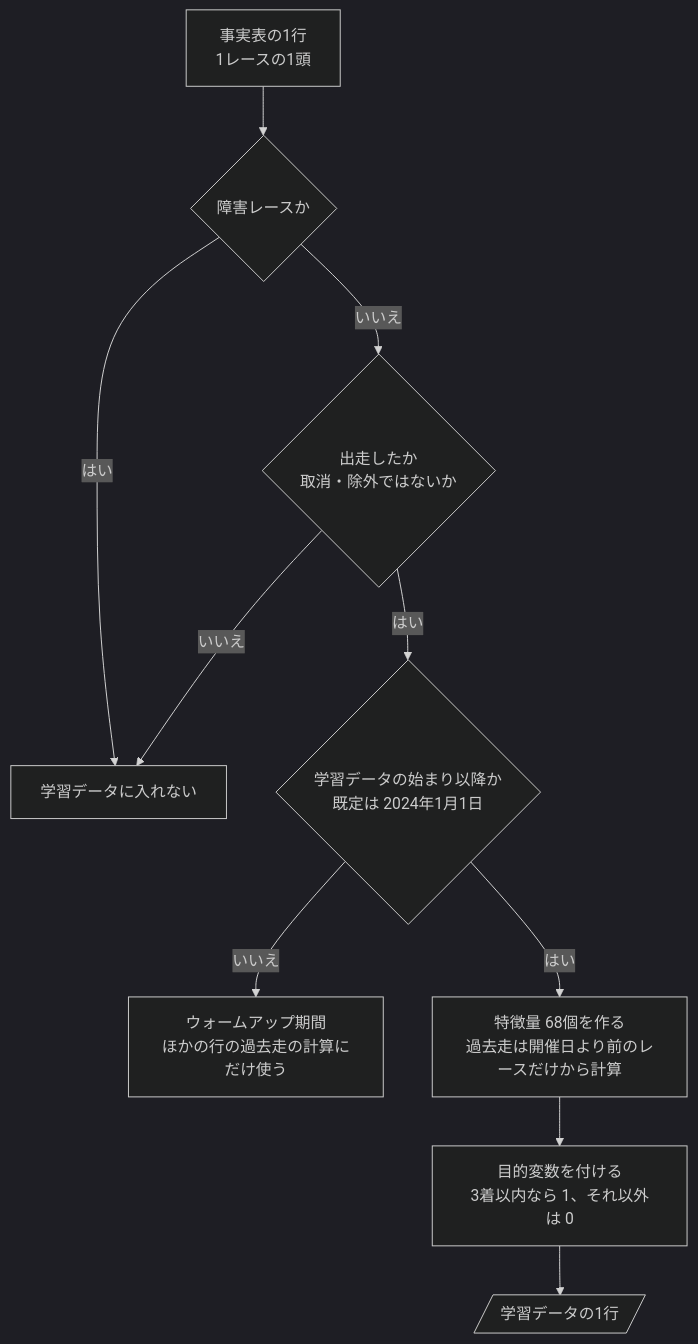
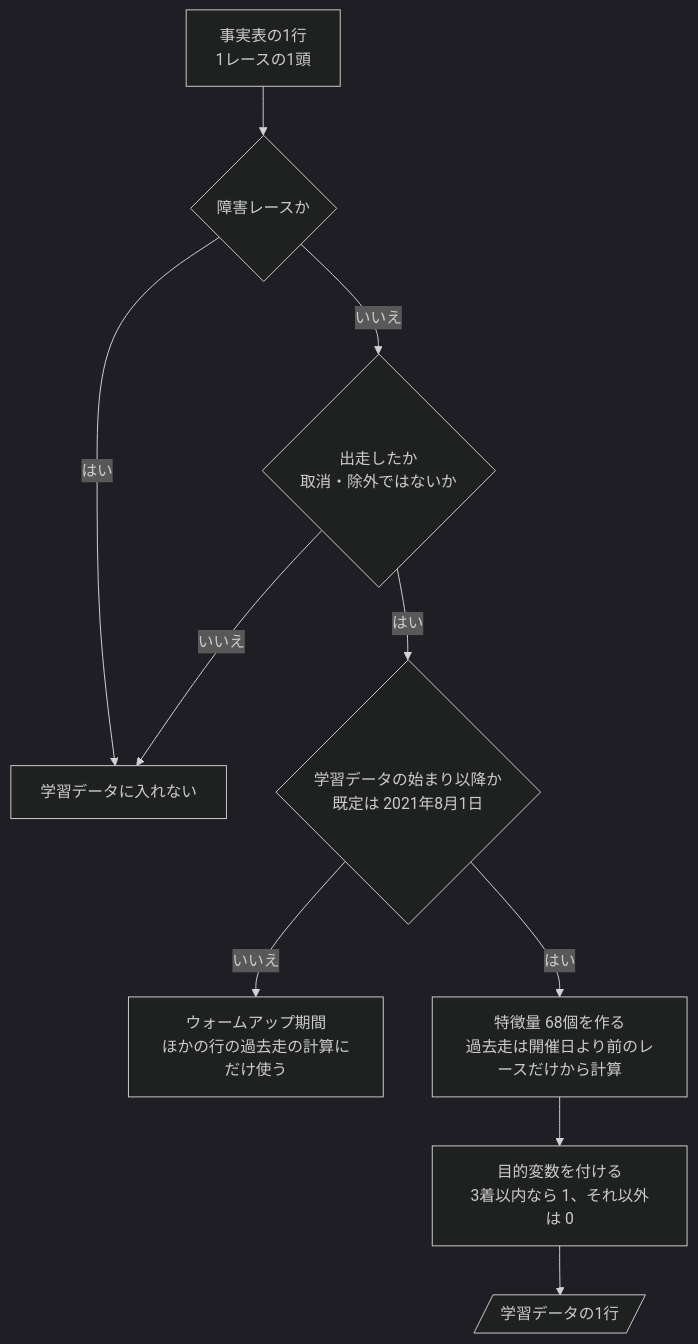
The diagram in docs/design/近走と適性から3着以内を予想/06-flowchart.md (ht-0328/keiba-yosou), drawn with Mermaid (dark theme) before and after one commit. The commit also changed 9 other files, not shown here.

````diff
--- a/docs/design/近走と適性から3着以内を予想/06-flowchart.md
+++ b/docs/design/近走と適性から3着以内を予想/06-flowchart.md
@@ -26,12 +26,12 @@
 ```mermaid
 flowchart TD
     S["事実表の1行<br>1レースの1頭"] --> Q1{"障害レースか"}
     Q1 -->|はい| X["学習データに入れない"]
     Q1 -->|いいえ| Q2{"出走したか<br>取消・除外ではないか"}
     Q2 -->|いいえ| X
-    Q2 -->|はい| Q3{"学習データの始まり以降か<br>既定は 2024年1月1日"}
+    Q2 -->|はい| Q3{"学習データの始まり以降か<br>既定は 2021年8月1日"}
     Q3 -->|いいえ| W["ウォームアップ期間<br>ほかの行の過去走の計算にだけ使う"]
     Q3 -->|はい| F["特徴量 68個を作る<br>過去走は開催日より前のレースだけから計算"]
     F --> T["目的変数を付ける<br>3着以内なら 1、それ以外は 0"]
     T --> R[/"学習データの1行"/]
 ```
````
